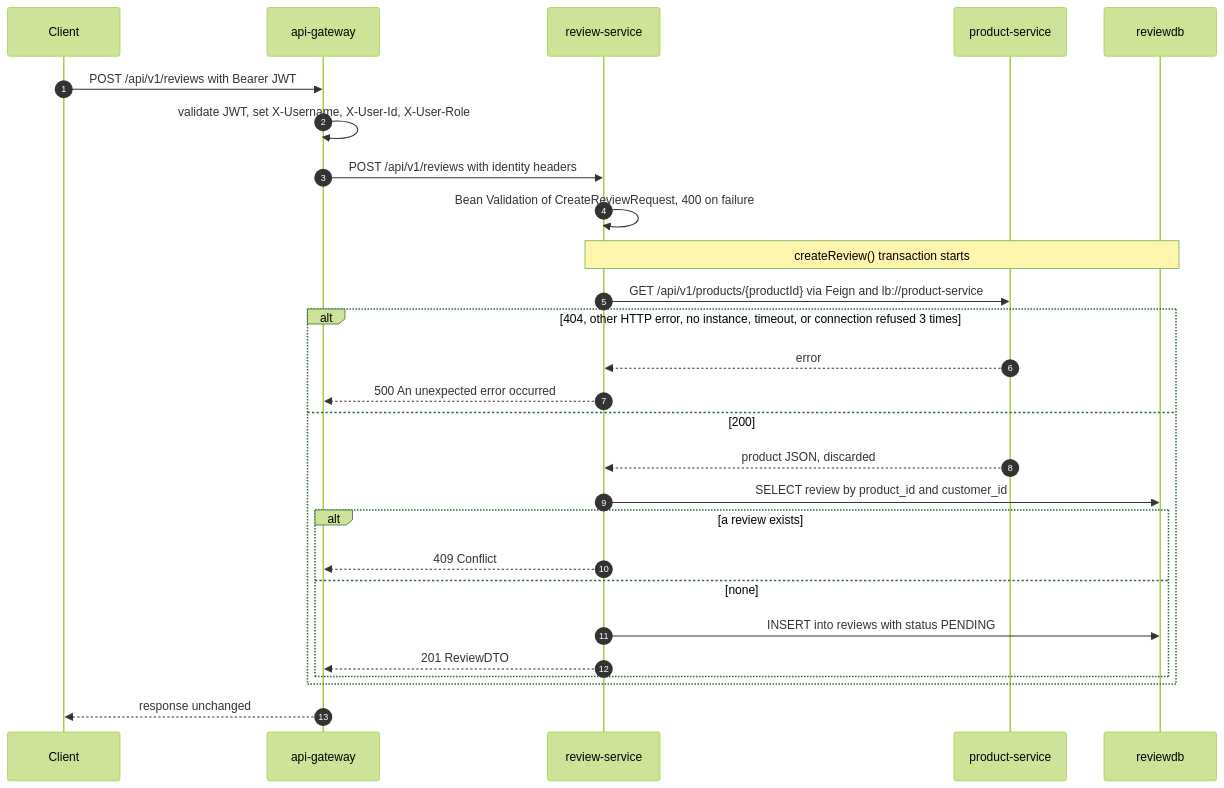
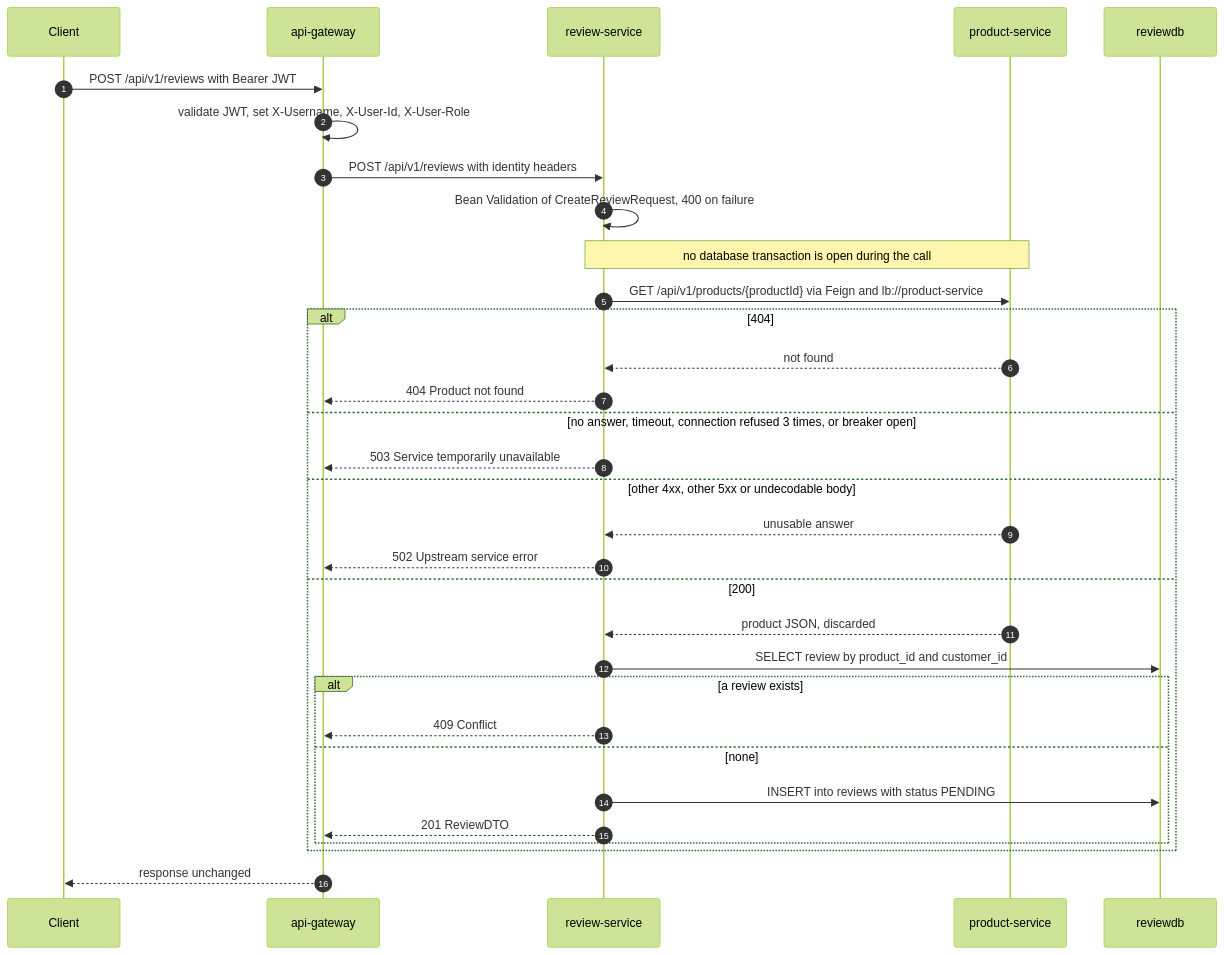
The second of 3 diagrams in docs/services/review-service.md (bmcnpnr/ecommerce-platform), drawn with Mermaid (forest theme) before and after one commit. The commit also changed other lines of this file and 58 other files, not shown here.

````diff
--- a/docs/services/review-service.md
+++ b/docs/services/review-service.md
@@ -122,29 +126,34 @@
 ```mermaid
 sequenceDiagram
     autonumber
     participant C as Client
     participant G as api-gateway
     participant R as review-service
     participant P as product-service
     participant DB as reviewdb
     C->>G: POST /api/v1/reviews with Bearer JWT
     G->>G: validate JWT, set X-Username, X-User-Id, X-User-Role
     G->>R: POST /api/v1/reviews with identity headers
     R->>R: Bean Validation of CreateReviewRequest, 400 on failure
-    Note over R,DB: createReview() transaction starts
+    Note over R,P: no database transaction is open during the call
     R->>P: GET /api/v1/products/{productId} via Feign and lb://product-service
-    alt 404, other HTTP error, no instance, timeout, or connection refused 3 times
-        P-->>R: error
-        R-->>G: 500 An unexpected error occurred
+    alt 404
+        P-->>R: not found
+        R-->>G: 404 Product not found
+    else no answer, timeout, connection refused 3 times, or breaker open
+        R-->>G: 503 Service temporarily unavailable
+    else other 4xx, other 5xx or undecodable body
+        P-->>R: unusable answer
+        R-->>G: 502 Upstream service error
     else 200
         P-->>R: product JSON, discarded
         R->>DB: SELECT review by product_id and customer_id
         alt a review exists
             R-->>G: 409 Conflict
         else none
             R->>DB: INSERT into reviews with status PENDING
             R-->>G: 201 ReviewDTO
         end
     end
     G-->>C: response unchanged
 ```
````
